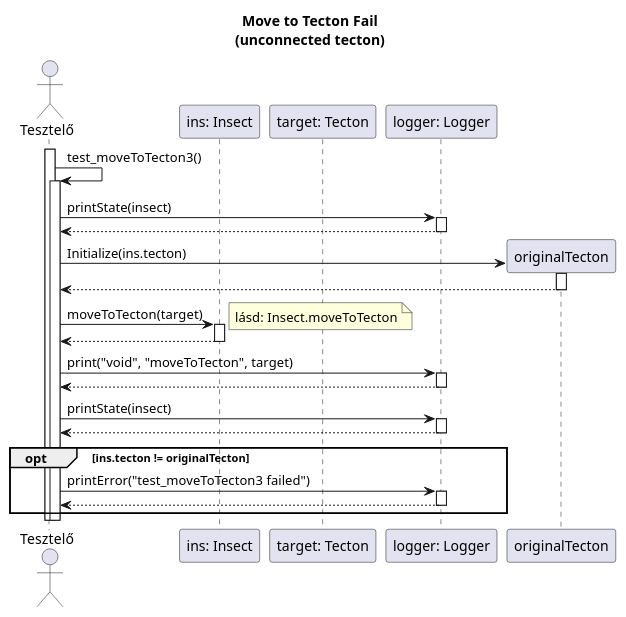
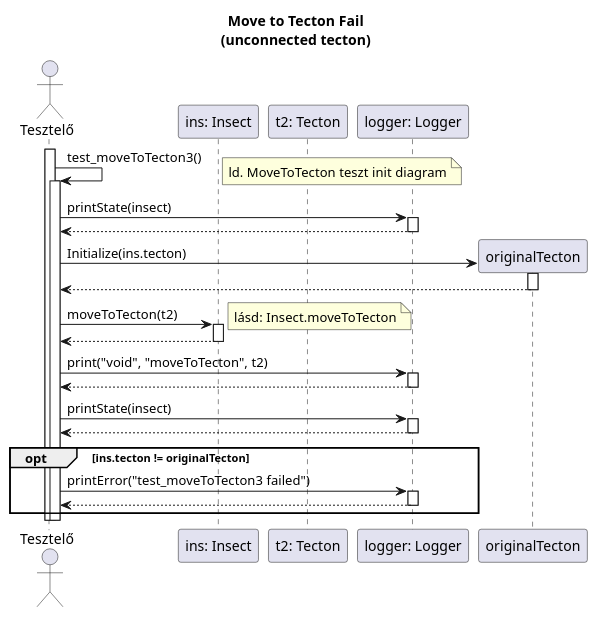
Before and after one commit to dzsem/projlab: the diagram in diagrams/test-sequence/insect/moveToTecton3.plantuml, drawn with PlantUML. The commit also changed 5 other files, not shown here.

```diff
--- a/diagrams/test-sequence/insect/moveToTecton3.plantuml
+++ b/diagrams/test-sequence/insect/moveToTecton3.plantuml
@@ -1,57 +1,58 @@
 @startuml test_moveToTecton3
 
 title Move to Tecton Fail\n(unconnected tecton)
 
 actor "Tesztelő" as t
 participant "ins: Insect" as i
-participant "target: Tecton" as target
+participant "t2: Tecton" as t2
 participant "logger: Logger" as logger
 
 activate t
 t -> t: test_moveToTecton3()
+note right: ld. MoveToTecton teszt init diagram
 activate t
 
 	t -> logger: printState(insect)
 	activate logger
 
 	t <-- logger
 	deactivate logger
 
 	create originalTecton
 	t -> originalTecton: Initialize(ins.tecton)
 	activate originalTecton
 
 	t <-- originalTecton
 	deactivate originalTecton
 
-	t -> i: moveToTecton(target)
+	t -> i: moveToTecton(t2)
 	activate i
 	note right: lásd: Insect.moveToTecton
 
 	t <-- i
 	deactivate i
 
-	t -> logger: print("void", "moveToTecton", target)
+	t -> logger: print("void", "moveToTecton", t2)
 	activate logger
 
 	t <-- logger
 	deactivate logger
 
 	t -> logger: printState(insect)
 	activate logger
 	t <-- logger
 	deactivate logger
 
 	opt ins.tecton != originalTecton
 		t -> logger: printError("test_moveToTecton3 failed")
 		activate logger
 
 		t <-- logger
 		deactivate logger
 	end
 
 	deactivate t
 deactivate t
 
 
 @enduml
```
